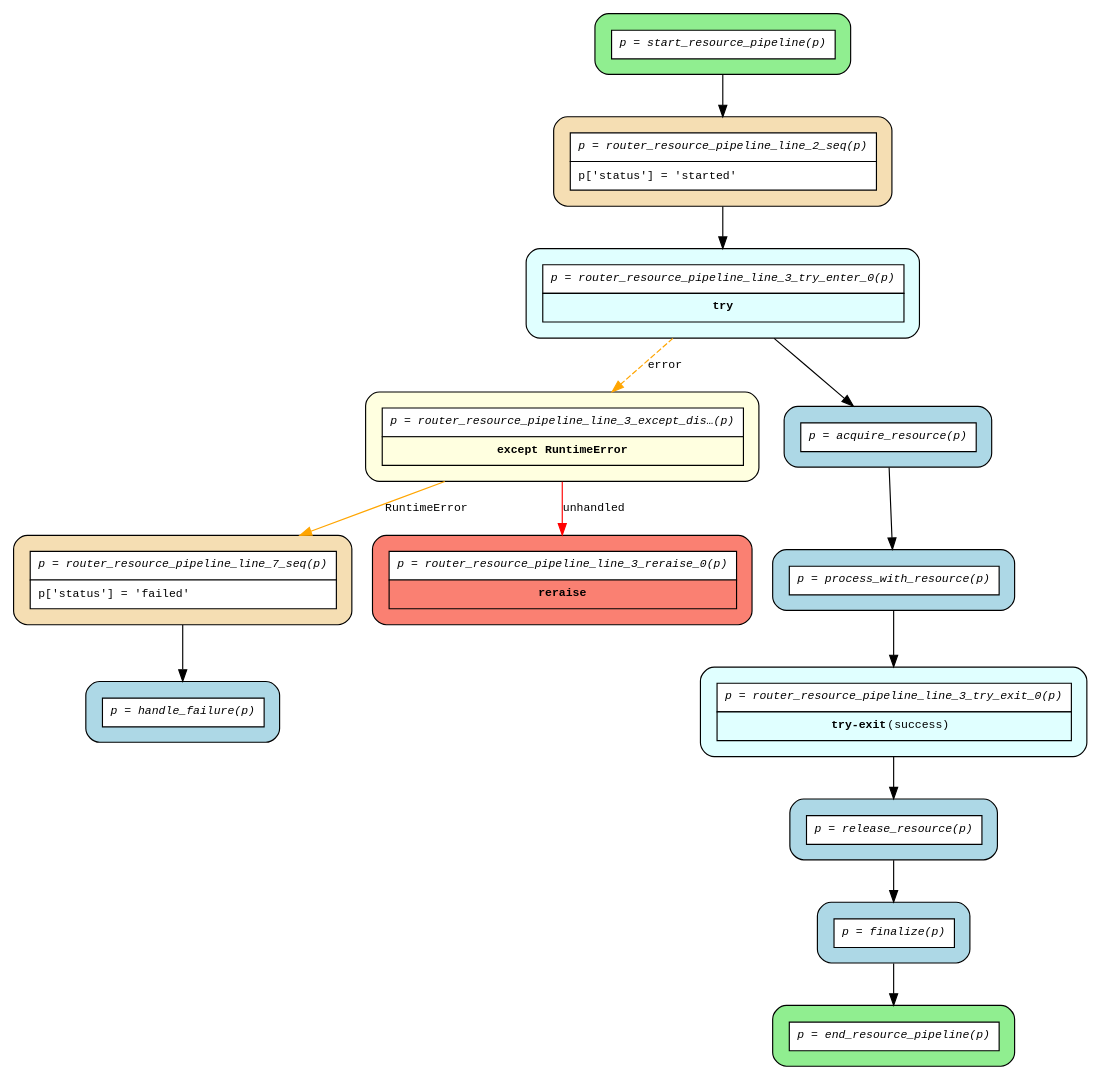
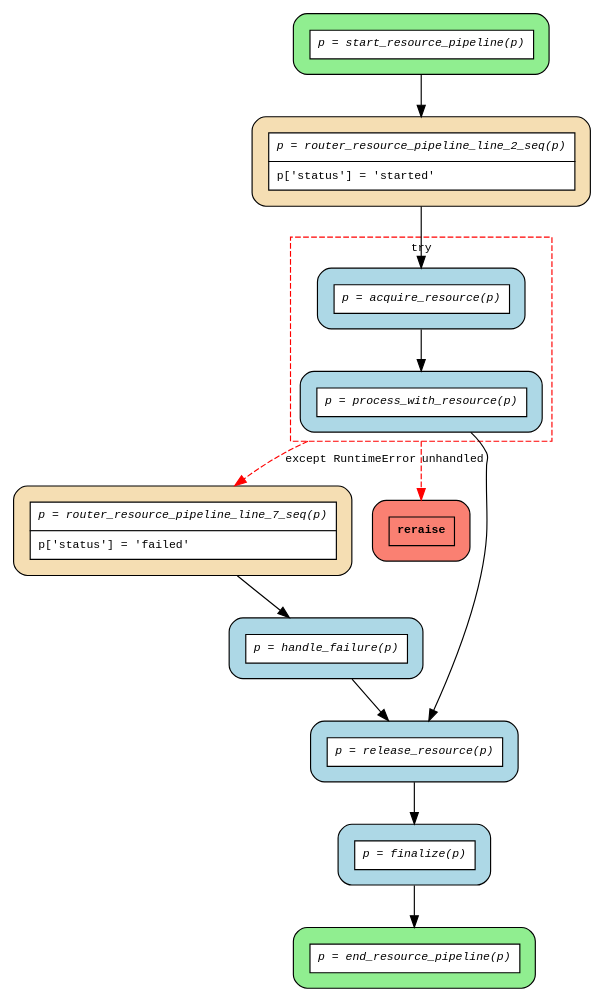
The diagram in examples/flows/compiled/try_except_finally/flow.dot (deliveryhero/asya), drawn with Graphviz before and after one commit. The commit also changed 9 other files, not shown here.

First line of the commit message:
fix(flow): redesign try-except DOT visualization with dashed clusters

```diff
--- a/examples/flows/compiled/try_except_finally/flow.dot
+++ b/examples/flows/compiled/try_except_finally/flow.dot
@@ -1,33 +1,36 @@
 digraph flow {
   rankdir=TB;
+  compound=true;
   graph [fontname="Courier", fontsize=10];
   node [fontname="Courier", fontsize=10, shape=box, style="filled,rounded", margin="0.2"];
   edge [fontname="Courier", fontsize=10];
 
   start_resource_pipeline [fillcolor="lightgreen", label=<<table border="0" cellspacing="0" cellpadding="6" cellborder="1"><tr><td bgcolor="white" align="center"><i>p = start_resource_pipeline(p)</i></td></tr></table>>];
   router_resource_pipeline_line_7_seq [fillcolor="wheat", label=<<table border="0" cellspacing="0" cellpadding="6" cellborder="1"><tr><td bgcolor="white" align="center"><i>p = router_resource_pipeline_line_7_seq(p)</i></td></tr><tr><td bgcolor="white" align="left">p['status'] = 'failed'</td></tr></table>>];
-  router_resource_pipeline_line_3_try_enter_0 [fillcolor="lightcyan", label=<<table border="0" cellspacing="0" cellpadding="6" cellborder="1"><tr><td bgcolor="white" align="center"><i>p = router_resource_pipeline_line_3_try_enter_0(p)</i></td></tr><tr><td bgcolor="lightcyan"><b>try</b></td></tr></table>>];
-  router_resource_pipeline_line_3_try_exit_0 [fillcolor="lightcyan", label=<<table border="0" cellspacing="0" cellpadding="6" cellborder="1"><tr><td bgcolor="white" align="center"><i>p = router_resource_pipeline_line_3_try_exit_0(p)</i></td></tr><tr><td bgcolor="lightcyan"><b>try-exit</b> (success)</td></tr></table>>];
-  router_resource_pipeline_line_3_except_dispatch_0 [fillcolor="lightyellow", label=<<table border="0" cellspacing="0" cellpadding="6" cellborder="1"><tr><td bgcolor="white" align="center"><i>p = router_resource_pipeline_line_3_except_dis…(p)</i></td></tr><tr><td bgcolor="lightyellow"><b>except RuntimeError</b></td></tr></table>>];
-  router_resource_pipeline_line_3_reraise_0 [fillcolor="salmon", label=<<table border="0" cellspacing="0" cellpadding="6" cellborder="1"><tr><td bgcolor="white" align="center"><i>p = router_resource_pipeline_line_3_reraise_0(p)</i></td></tr><tr><td bgcolor="salmon"><b>reraise</b></td></tr></table>>];
+  router_resource_pipeline_line_3_reraise_0 [fillcolor="salmon", label=<<table border="0" cellspacing="0" cellpadding="6" cellborder="1"><tr><td bgcolor="salmon"><b>reraise</b></td></tr></table>>];
   router_resource_pipeline_line_2_seq [fillcolor="wheat", label=<<table border="0" cellspacing="0" cellpadding="6" cellborder="1"><tr><td bgcolor="white" align="center"><i>p = router_resource_pipeline_line_2_seq(p)</i></td></tr><tr><td bgcolor="white" align="left">p['status'] = 'started'</td></tr></table>>];
   end_resource_pipeline [fillcolor="lightgreen", label=<<table border="0" cellspacing="0" cellpadding="6" cellborder="1"><tr><td bgcolor="white" align="center"><i>p = end_resource_pipeline(p)</i></td></tr></table>>];
-  acquire_resource [fillcolor="lightblue", label=<<table border="0" cellspacing="0" cellpadding="6" cellborder="1"><tr><td bgcolor="white" align="center"><i>p = acquire_resource(p)</i></td></tr></table>>];
   finalize [fillcolor="lightblue", label=<<table border="0" cellspacing="0" cellpadding="6" cellborder="1"><tr><td bgcolor="white" align="center"><i>p = finalize(p)</i></td></tr></table>>];
   handle_failure [fillcolor="lightblue", label=<<table border="0" cellspacing="0" cellpadding="6" cellborder="1"><tr><td bgcolor="white" align="center"><i>p = handle_failure(p)</i></td></tr></table>>];
-  process_with_resource [fillcolor="lightblue", label=<<table border="0" cellspacing="0" cellpadding="6" cellborder="1"><tr><td bgcolor="white" align="center"><i>p = process_with_resource(p)</i></td></tr></table>>];
   release_resource [fillcolor="lightblue", label=<<table border="0" cellspacing="0" cellpadding="6" cellborder="1"><tr><td bgcolor="white" align="center"><i>p = release_resource(p)</i></td></tr></table>>];
+  subgraph cluster_try_0 {
+    style=dashed;
+    color="red";
+    fontname="Courier";
+    fontsize=10;
+    label="try";
+    acquire_resource [fillcolor="lightblue", label=<<table border="0" cellspacing="0" cellpadding="6" cellborder="1"><tr><td bgcolor="white" align="center"><i>p = acquire_resource(p)</i></td></tr></table>>];
+    process_with_resource [fillcolor="lightblue", label=<<table border="0" cellspacing="0" cellpadding="6" cellborder="1"><tr><td bgcolor="white" align="center"><i>p = process_with_resource(p)</i></td></tr></table>>];
+  }
 
   acquire_resource -> process_with_resource;
   finalize -> end_resource_pipeline;
-  process_with_resource -> router_resource_pipeline_line_3_try_exit_0;
+  handle_failure -> release_resource;
+  process_with_resource -> release_resource;
+  process_with_resource -> router_resource_pipeline_line_3_reraise_0 [ltail=cluster_try_0, color=red, style=dashed, label="unhandled"];
+  process_with_resource -> router_resource_pipeline_line_7_seq [ltail=cluster_try_0, color=red, style=dashed, label="except RuntimeError"];
   release_resource -> finalize;
-  router_resource_pipeline_line_2_seq -> router_resource_pipeline_line_3_try_enter_0;
-  router_resource_pipeline_line_3_except_dispatch_0 -> router_resource_pipeline_line_3_reraise_0 [color=red, label="unhandled"];
-  router_resource_pipeline_line_3_except_dispatch_0 -> router_resource_pipeline_line_7_seq [color=orange, label="RuntimeError"];
-  router_resource_pipeline_line_3_try_enter_0 -> acquire_resource;
-  router_resource_pipeline_line_3_try_enter_0 -> router_resource_pipeline_line_3_except_dispatch_0 [color=orange, style=dashed, label="error"];
-  router_resource_pipeline_line_3_try_exit_0 -> release_resource;
+  router_resource_pipeline_line_2_seq -> acquire_resource;
   router_resource_pipeline_line_7_seq -> handle_failure;
   start_resource_pipeline -> router_resource_pipeline_line_2_seq;
 }
```
